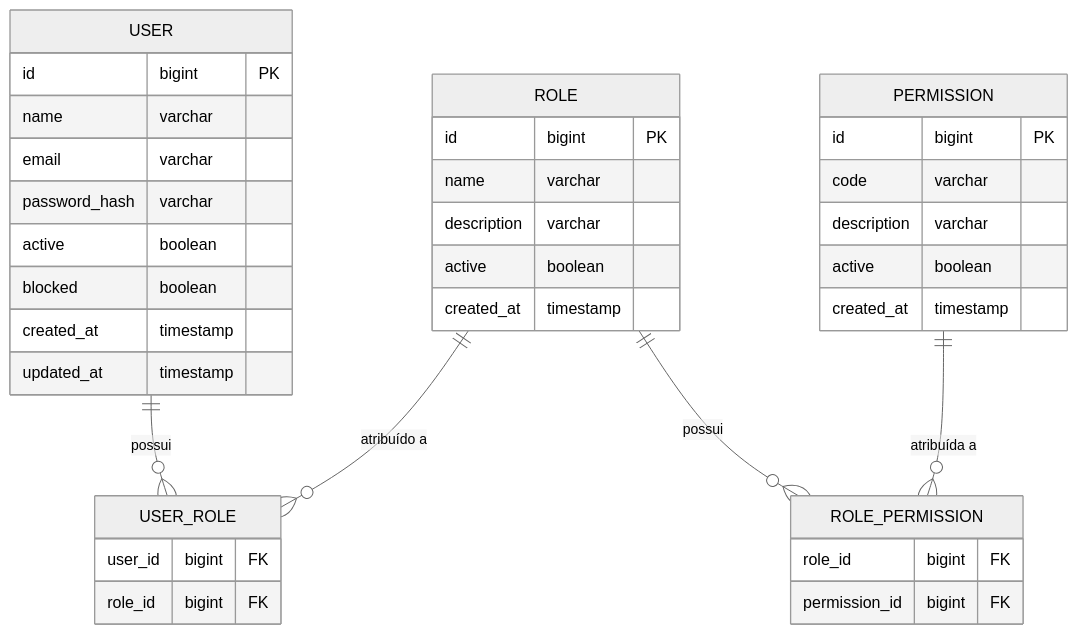
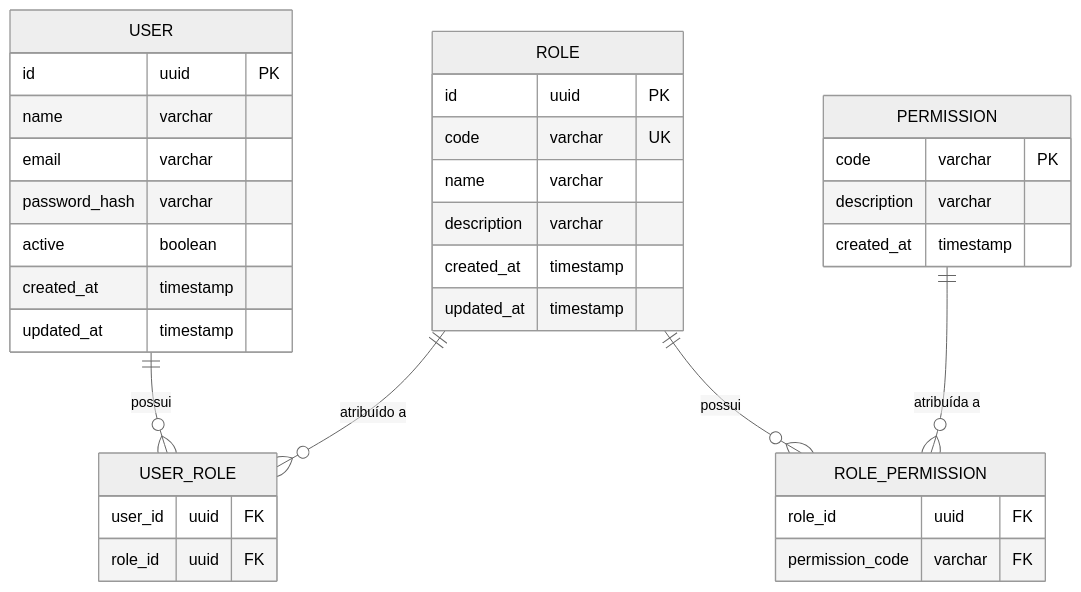
One commit to lucas-freitas-tech/afc-erp-docs changed the diagram in specs/identity/architecture.md. Above: the diagram before and after it, drawn with Mermaid (neutral theme). The commit also changed other lines of this file, not shown here.

Commit message:
docs(identity): align architecture with authorization model

````diff
--- a/specs/identity/architecture.md
+++ b/specs/identity/architecture.md
@@ -65,46 +69,44 @@
 ```mermaid
 erDiagram
 
     USER {
-        id bigint PK
+        id uuid PK
         name varchar
         email varchar
         password_hash varchar
         active boolean
-        blocked boolean
         created_at timestamp
         updated_at timestamp
     }
 
     ROLE {
-        id bigint PK
+        id uuid PK
+        code varchar UK
         name varchar
         description varchar
-        active boolean
         created_at timestamp
+        updated_at timestamp
     }
 
     PERMISSION {
-        id bigint PK
-        code varchar
+        code varchar PK
         description varchar
-        active boolean
         created_at timestamp
     }
 
     USER_ROLE {
-        user_id bigint FK
-        role_id bigint FK
+        user_id uuid FK
+        role_id uuid FK
     }
 
     ROLE_PERMISSION {
-        role_id bigint FK
-        permission_id bigint FK
+        role_id uuid FK
+        permission_code varchar FK
     }
 
     USER ||--o{ USER_ROLE : "possui"
     ROLE ||--o{ USER_ROLE : "atribuído a"
 
     ROLE ||--o{ ROLE_PERMISSION : "possui"
     PERMISSION ||--o{ ROLE_PERMISSION : "atribuída a"
 ```
````
